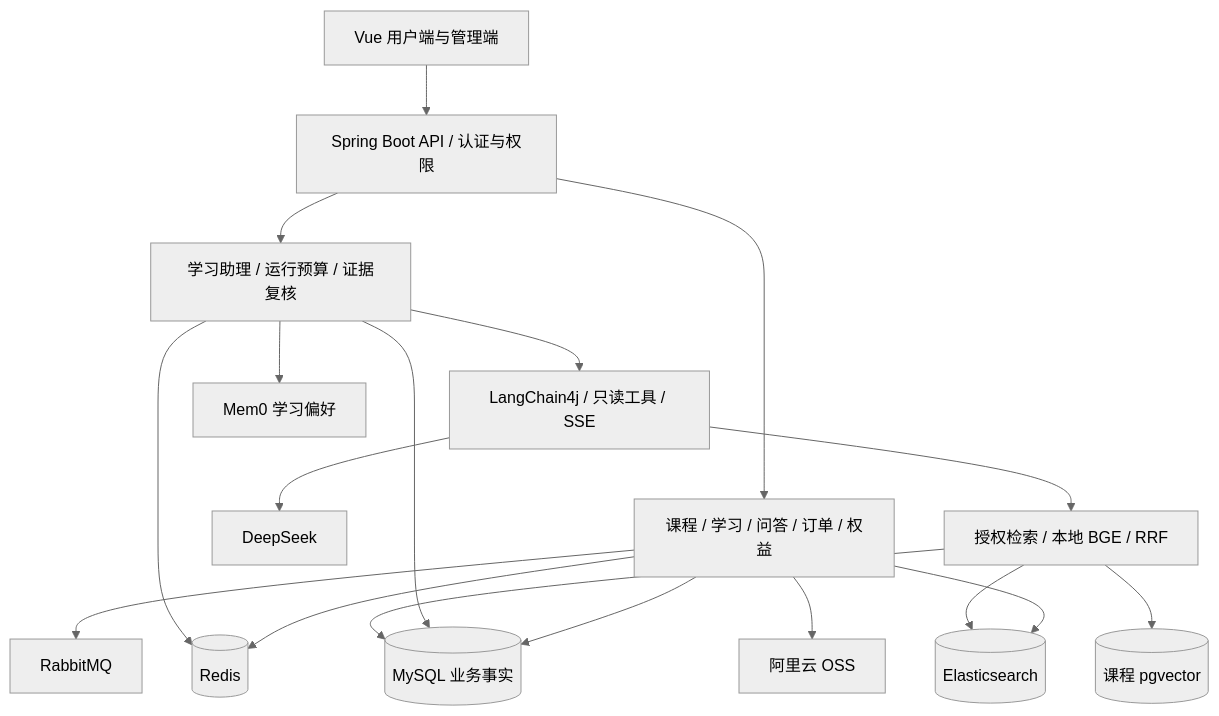
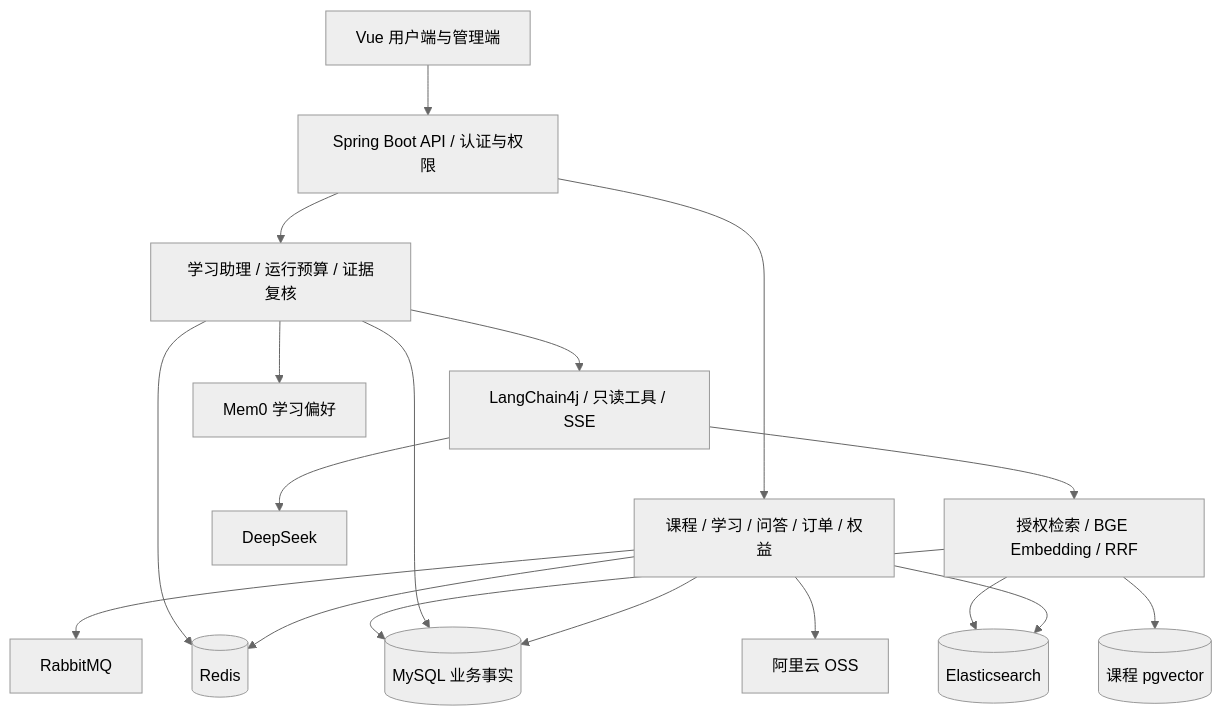
One commit to zzy486346/LearnHub changed the diagram in README.md. Above: the diagram before and after it, drawn with Mermaid (neutral theme). The commit also changed other lines of this file and 23 other files, not shown here.

````diff
--- a/README.md
+++ b/README.md
@@ -33,20 +33,20 @@
 ```mermaid
 flowchart TB
     WEB[Vue 用户端与管理端] --> API[Spring Boot API / 认证与权限]
     API --> BUSINESS[课程 / 学习 / 问答 / 订单 / 权益]
     API --> ASSISTANT[学习助理 / 运行预算 / 证据复核]
     BUSINESS --> MYSQL[(MySQL 业务事实)]
     BUSINESS --> REDIS[(Redis)]
     BUSINESS --> MQ[RabbitMQ]
     BUSINESS --> ES[(Elasticsearch)]
     BUSINESS --> OSS[阿里云 OSS]
     ASSISTANT --> MYSQL
     ASSISTANT --> REDIS
     ASSISTANT --> LC[LangChain4j / 只读工具 / SSE]
     LC --> MODEL[DeepSeek]
-    LC --> RAG[授权检索 / 本地 BGE / RRF]
+    LC --> RAG[授权检索 / BGE Embedding / RRF]
     RAG --> MYSQL
     RAG --> ES
     RAG --> VECTOR[(课程 pgvector)]
     ASSISTANT --> MEMORY[Mem0 学习偏好]
 ```
````
